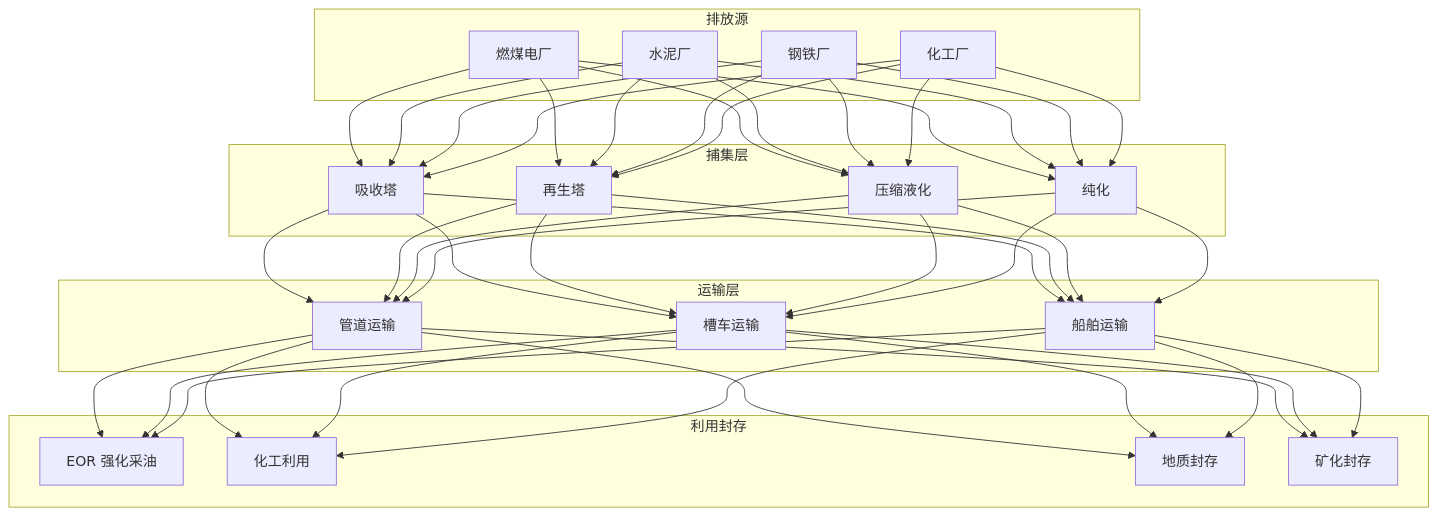
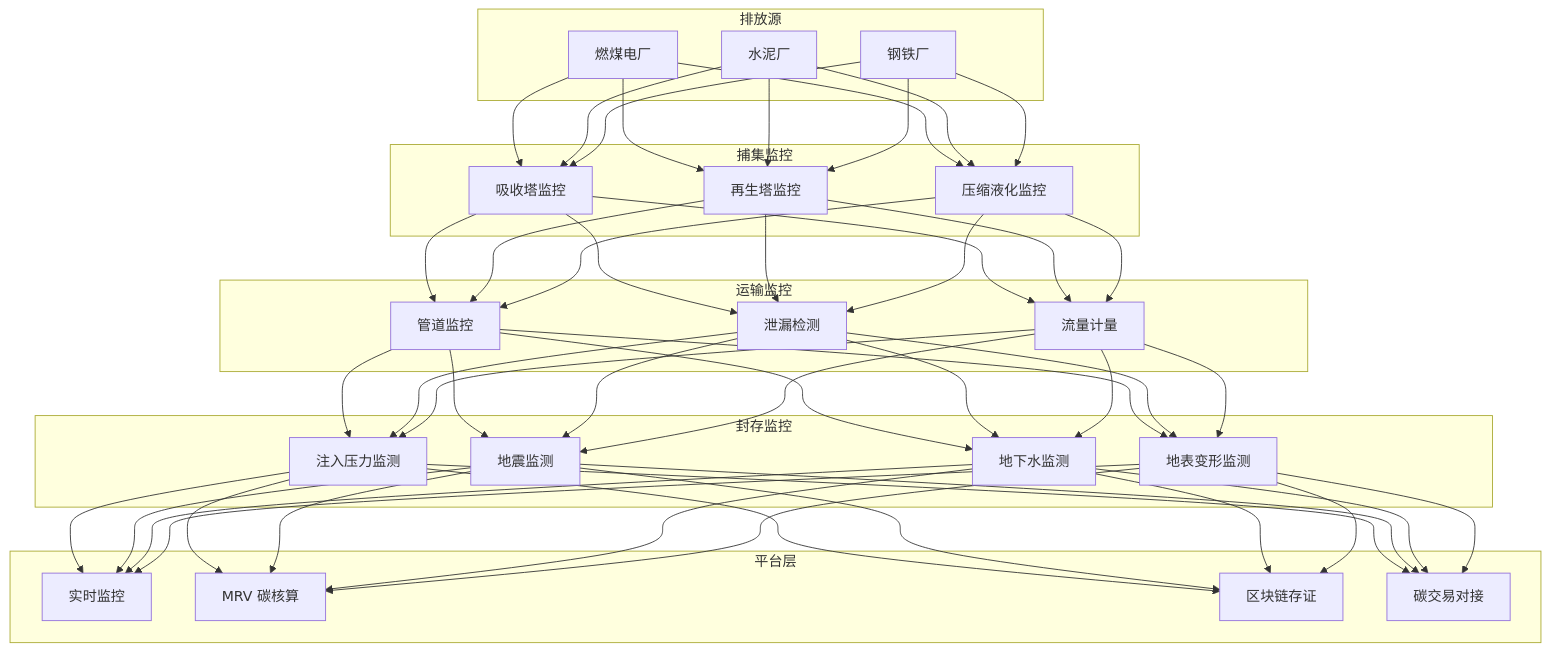
Before and after one commit to kudig-io/kudig-database: the diagram in topic-application-architecture/96-carbon-capture.md, drawn with Mermaid. The commit also changed other lines of this file and 8633 other files, not shown here.

````diff
--- a/topic-application-architecture/96-carbon-capture.md
+++ b/topic-application-architecture/96-carbon-capture.md
@@ -49,33 +115,39 @@
 ```mermaid
 graph TB
     subgraph 排放源
         E1[燃煤电厂]
         E2[水泥厂]
         E3[钢铁厂]
-        E4[化工厂]
     end
 
-    subgraph 捕集层
-        C1[吸收塔]
-        C2[再生塔]
-        C3[压缩液化]
-        C4[纯化]
+    subgraph 捕集监控
+        C1[吸收塔监控]
+        C2[再生塔监控]
+        C3[压缩液化监控]
     end
 
-    subgraph 运输层
-        T1[管道运输]
-        T2[槽车运输]
-        T3[船舶运输]
+    subgraph 运输监控
+        T1[管道监控]
+        T2[泄漏检测]
+        T3[流量计量]
     end
 
-    subgraph 利用封存
-        U1[EOR 强化采油]
-        U2[化工利用]
-        U3[地质封存]
-        U4[矿化封存]
+    subgraph 封存监控
+        S1[注入压力监测]
+        S2[地震监测]
+        S3[地下水监测]
+        S4[地表变形监测]
     end
 
-    E1 & E2 & E3 & E4 --> C1 & C2 & C3 & C4
-    C1 & C2 & C3 & C4 --> T1 & T2 & T3
-    T1 & T2 & T3 --> U1 & U2 & U3 & U4
+    subgraph 平台层
+        P1[实时监控]
+        P2[MRV 碳核算]
+        P3[区块链存证]
+        P4[碳交易对接]
+    end
+
+    E1 & E2 & E3 --> C1 & C2 & C3
+    C1 & C2 & C3 --> T1 & T2 & T3
+    T1 & T2 & T3 --> S1 & S2 & S3 & S4
+    S1 & S2 & S3 & S4 --> P1 & P2 & P3 & P4
 ```
````
